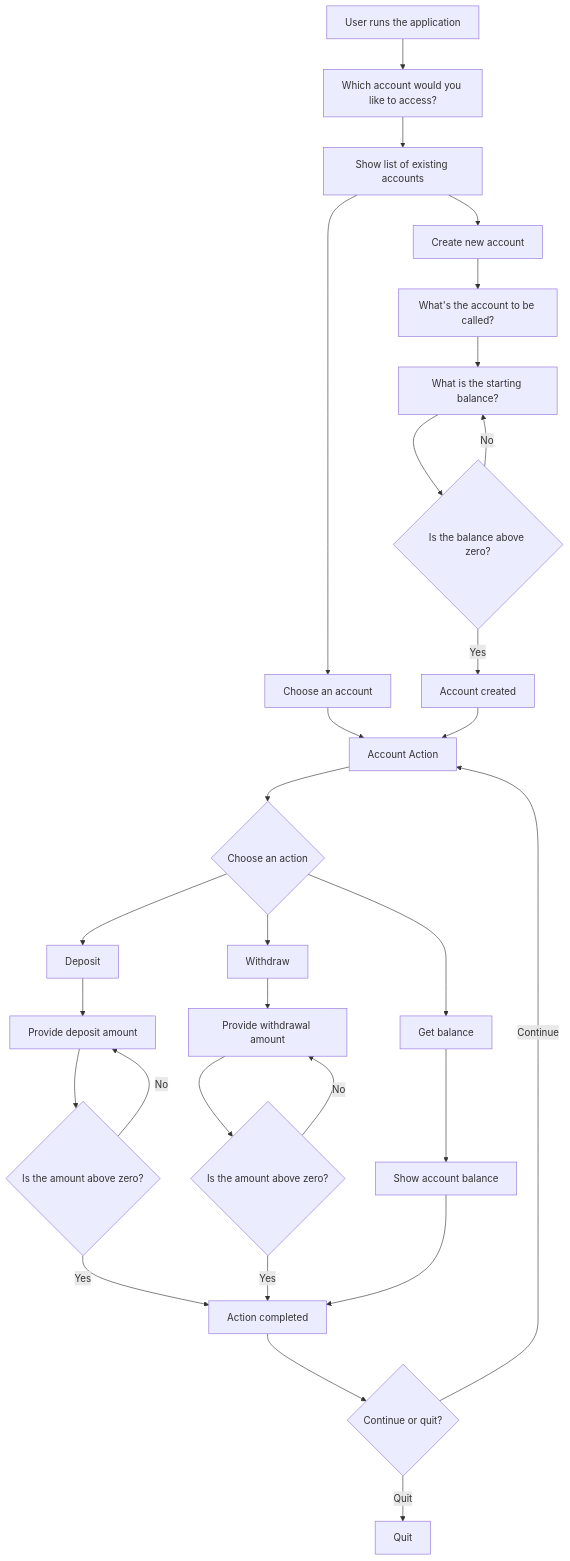
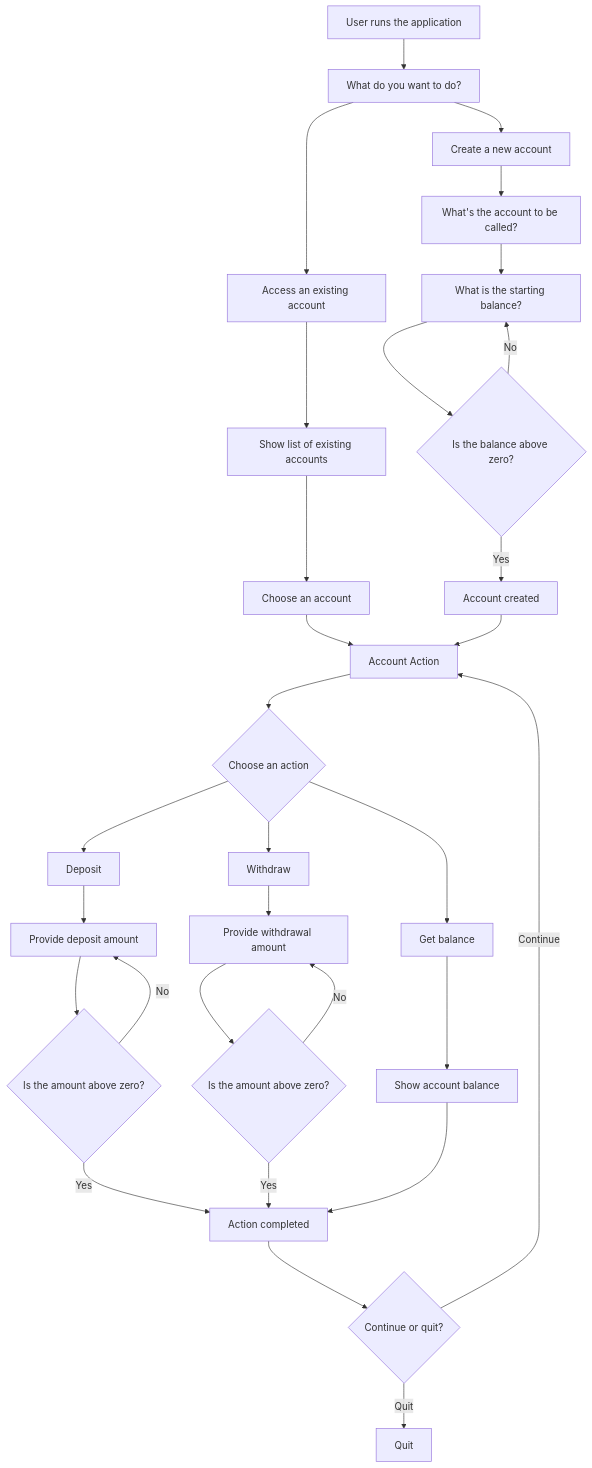
The diagram in README.md (jasonaravanis/bank-account-simulator), drawn with Mermaid before and after one commit. The commit also changed 1 other file, not shown here.

Commit message:
feat: get user action input

````diff
--- a/README.md
+++ b/README.md
@@ -19,31 +19,32 @@
 ```mermaid
 flowchart TD
-    Start[User runs the application] --> Ask[Which account would you like to access?]
-    Ask --> ShowList[Show list of existing accounts]
-    ShowList --> OptionA[Choose an account]
-    ShowList --> OptionB[Create new account]
+    Start[User runs the application] --> Ask[What do you want to do?]
+    Ask --> OptionA[Access an existing account]
+    Ask --> OptionB[Create a new account]
+    OptionA --> ShowList[Show list of existing accounts]
+    ShowList --> ChooseAccount[Choose an account]
     OptionB --> AskName[What's the account to be called?]
     AskName --> AskBalance[What is the starting balance?]
     AskBalance --> CheckBalance{Is the balance above zero?}
     CheckBalance -- No --> AskBalance
     CheckBalance -- Yes --> AccountCreated[Account created]
-    OptionA --> AccountAction[Account Action]
+    ChooseAccount --> AccountAction[Account Action]
     AccountCreated --> AccountAction
     AccountAction --> Choice{Choose an action}
     Choice --> Deposit[Deposit]
     Choice --> Withdraw[Withdraw]
     Choice --> GetBalance[Get balance]
     Deposit --> AskDeposit[Provide deposit amount]
     AskDeposit --> CheckDeposit{Is the amount above zero?}
     CheckDeposit -- No --> AskDeposit
     CheckDeposit -- Yes --> ActionDone[Action completed]
     Withdraw --> AskWithdraw[Provide withdrawal amount]
     AskWithdraw --> CheckWithdraw{Is the amount above zero?}
     CheckWithdraw -- No --> AskWithdraw
     CheckWithdraw -- Yes --> ActionDone
     GetBalance --> ShowBalance[Show account balance]
     ShowBalance --> ActionDone
     ActionDone --> Continue{Continue or quit?}
     Continue -- Continue --> AccountAction
     Continue -- Quit --> End[Quit]
 ```
````
